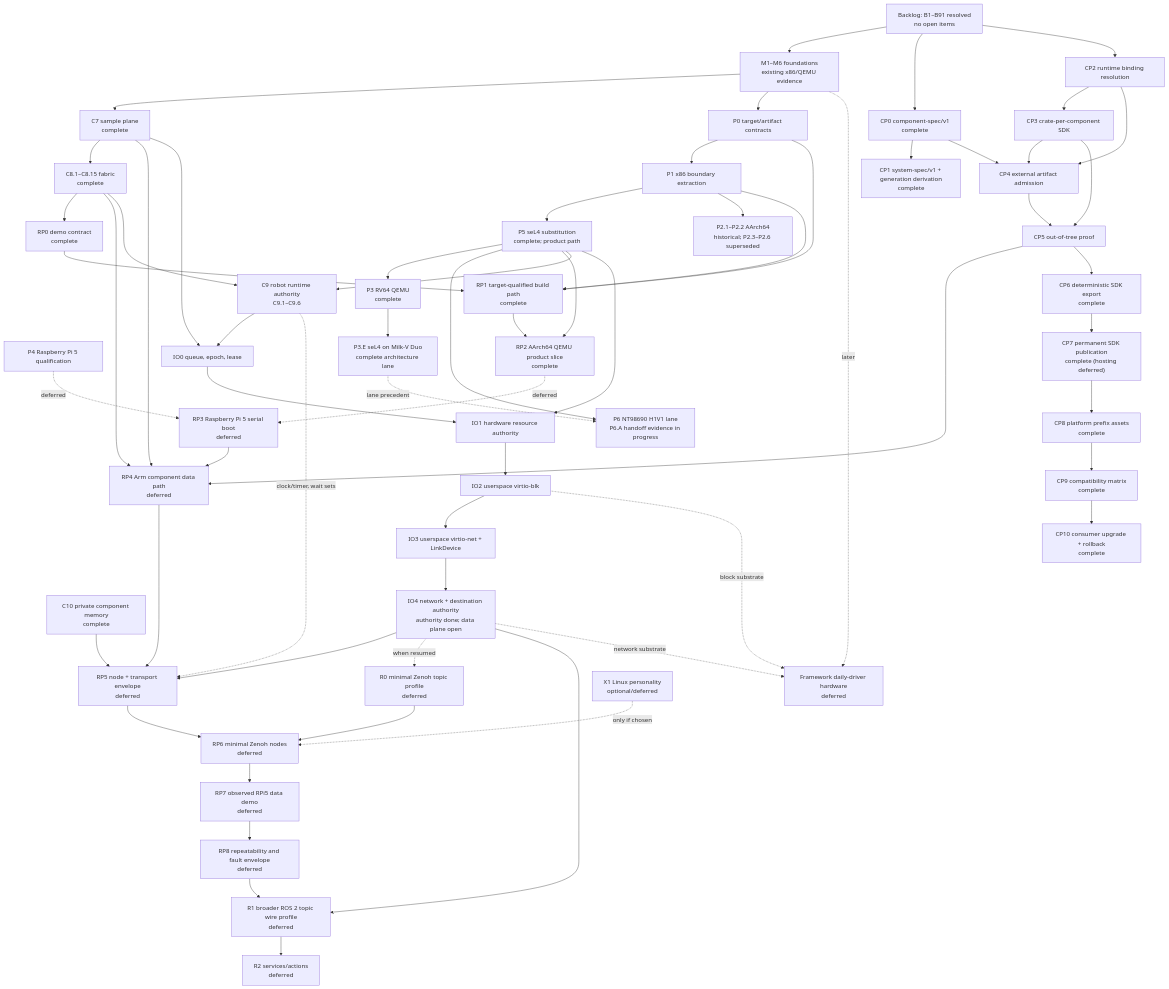
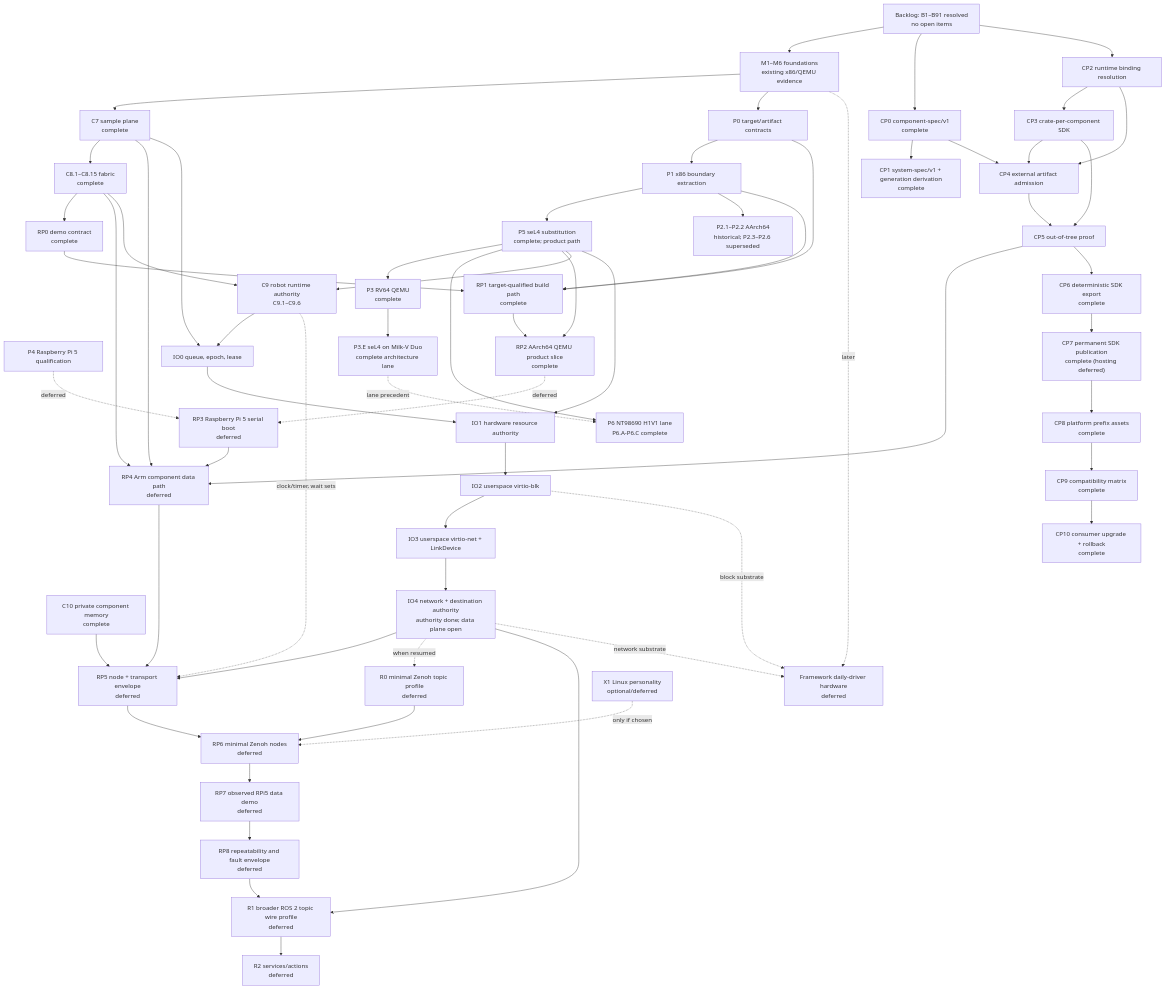
The diagram in roadmap/README.md (iceice666/slime_os), drawn with Mermaid before and after one commit. The commit also changed other lines of this file and 1 other file, not shown here.

Commit message:
docs(h1v1/demo): correct claims not matched by observed evidence
Fix DEMO.md's fabricated Slisp error strings and command name, and
resolve roadmap/README.md's contradiction with roadmap/07 by marking
P6 complete in both places.

```diff
--- a/roadmap/README.md
+++ b/roadmap/README.md
@@ -86,7 +86,7 @@
     Framework["Framework daily-driver hardware\ndeferred"]
     RV64["P3 RV64 QEMU\ncomplete"]
     Duo["P3.E seL4 on Milk-V Duo\ncomplete architecture lane"]
-    H1V1["P6 NT98690 H1V1 lane\nP6.A handoff evidence in progress"]
+    H1V1["P6 NT98690 H1V1 lane\nP6.A-P6.C complete"]
     X1["X1 Linux personality\noptional/deferred"]
 
     Backlog --> Foundations
```
